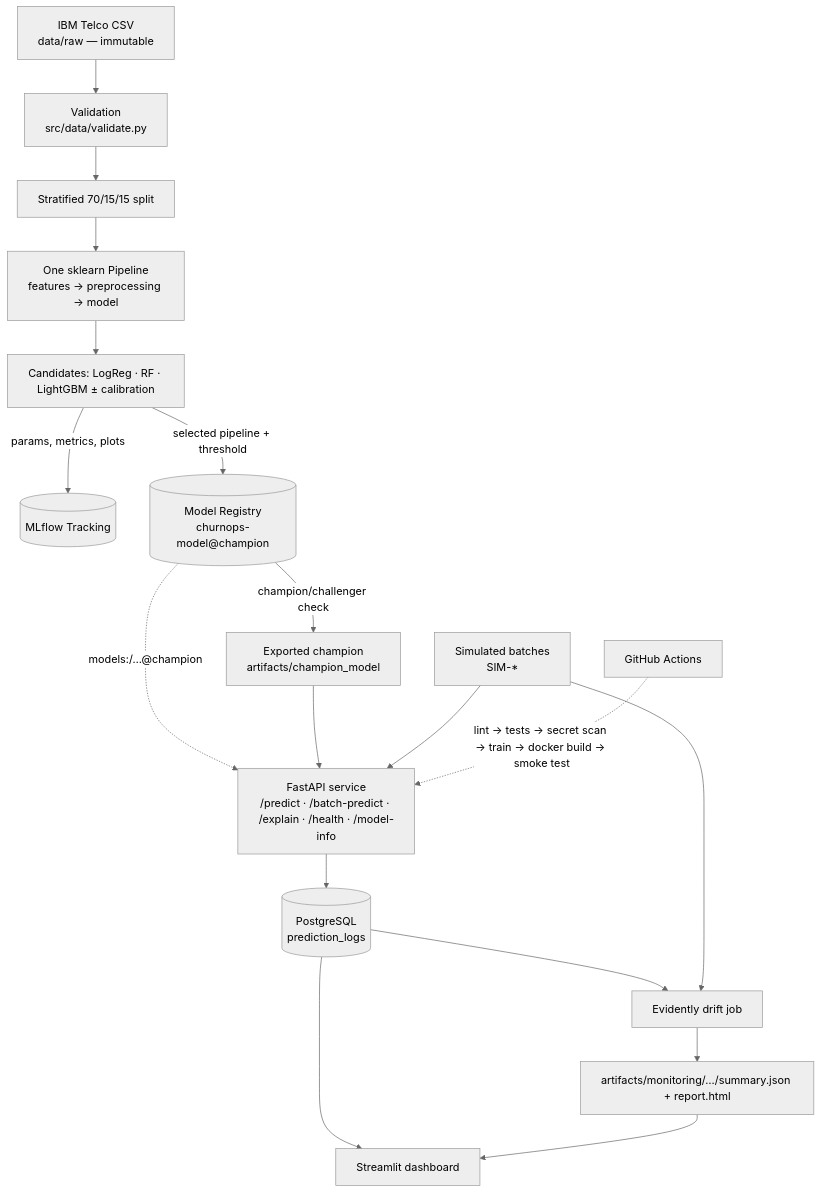
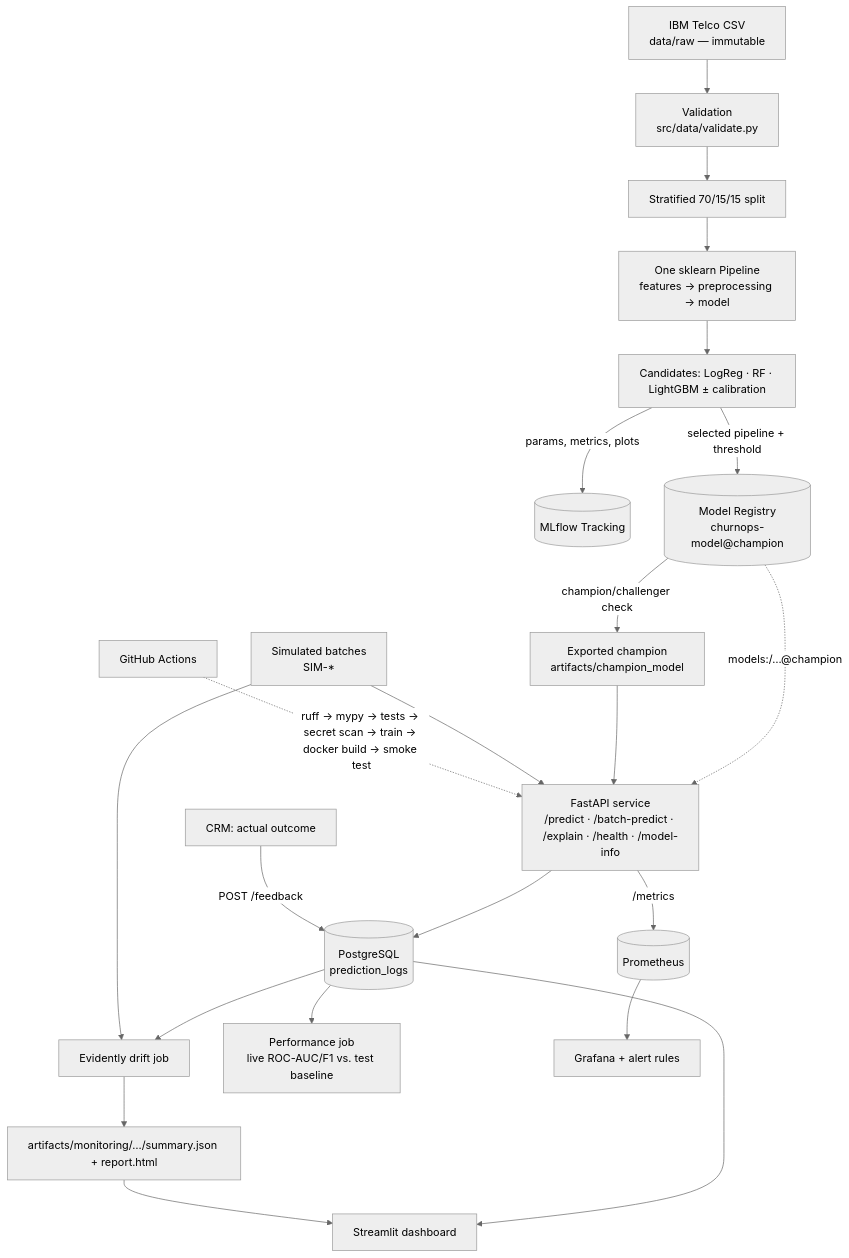
Before and after one commit to QuietLess/churnops-production-ml: the diagram in README.md, drawn with Mermaid (neutral theme). The commit also changed other lines of this file and 39 other files, not shown here.

First line of the commit message:
Add performance monitoring, Prometheus/Grafana, API security, YAML config, Pandera and rollback

````diff
--- a/README.md
+++ b/README.md
@@ -20,20 +20,23 @@
 ```mermaid
 flowchart TD
     A[IBM Telco CSV<br/>data/raw — immutable] --> B[Validation<br/>src/data/validate.py]
     B --> C[Stratified 70/15/15 split]
     C --> D[One sklearn Pipeline<br/>features → preprocessing → model]
     D --> E[Candidates: LogReg · RF · LightGBM ± calibration]
     E -->|params, metrics, plots| F[(MLflow Tracking)]
     E -->|selected pipeline + threshold| G[(Model Registry<br/>churnops-model@champion)]
     G -->|champion/challenger check| H[Exported champion<br/>artifacts/champion_model]
     G -. models:/…@champion .-> I
     H --> I[FastAPI service<br/>/predict · /batch-predict · /explain · /health · /model-info]
     I --> J[(PostgreSQL<br/>prediction_logs)]
     K[Simulated batches<br/>SIM-*] --> I
     J --> L[Evidently drift job]
     K --> L
     L --> M[artifacts/monitoring/…/summary.json + report.html]
     J --> N[Streamlit dashboard]
     M --> N
-    O[GitHub Actions] -.->|lint → tests → secret scan → train → docker build → smoke test| I
+    P[CRM: actual outcome] -->|POST /feedback| J
+    J --> Q[Performance job<br/>live ROC-AUC/F1 vs. test baseline]
+    I -->|/metrics| R[(Prometheus)] --> S[Grafana + alert rules]
+    O[GitHub Actions] -.->|ruff → mypy → tests → secret scan → train → docker build → smoke test| I
 ```
````
